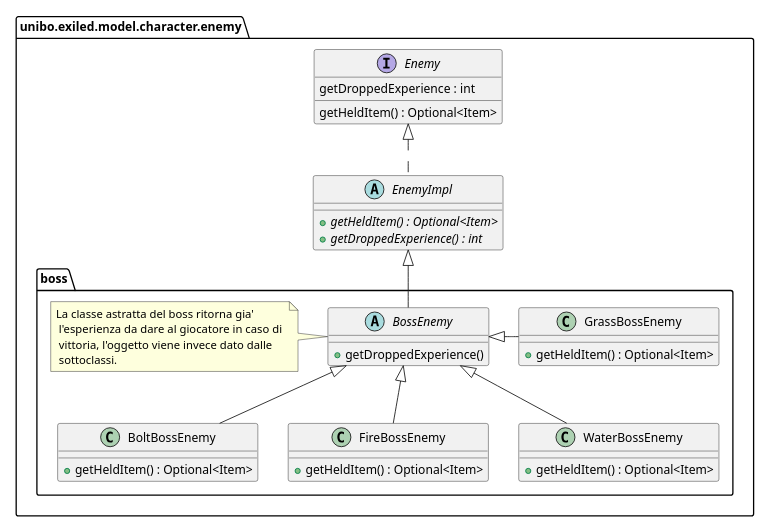
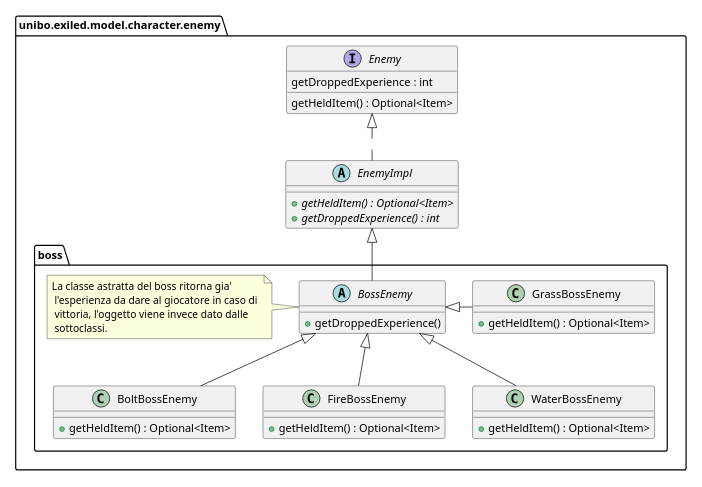
The diagram in docs/enemy/boss-enemy-uml.puml (unibo-oop-projects/OOP23-Baldoni-Beylax-Casadei-MarcoMagnani03-Pazzaglia-exiled), drawn with PlantUML before and after one commit. The commit also changed 4 other files, not shown here.

```diff
--- a/docs/enemy/boss-enemy-uml.puml
+++ b/docs/enemy/boss-enemy-uml.puml
@@ -1,38 +1,38 @@
 @startuml
-scale 0.55
+scale 0.50
 set separator none
 package unibo.exiled.model.character.enemy{
     interface Enemy{
         getHeldItem() : Optional<Item>
         getDroppedExperience : int
     }
     abstract class EnemyImpl{
         + {abstract} getHeldItem() : Optional<Item>
         + {abstract} getDroppedExperience() : int
     }
     package boss{
         abstract BossEnemy{
             + getDroppedExperience()
         }
         note left: La classe astratta del boss ritorna gia' \n l'esperienza da dare al giocatore in caso di \n vittoria, l'oggetto viene invece dato dalle \n sottoclassi.
         class BoltBossEnemy{
             + getHeldItem() : Optional<Item>
         }
         class FireBossEnemy{
             + getHeldItem() : Optional<Item>
         }
         class WaterBossEnemy{
             + getHeldItem() : Optional<Item>
         }
         class GrassBossEnemy{
             + getHeldItem() : Optional<Item>
         }
     }
 }
 Enemy <|.. EnemyImpl
 BossEnemy <|- GrassBossEnemy
 BossEnemy <|-- WaterBossEnemy
 BossEnemy <|-- FireBossEnemy
 BossEnemy <|-- BoltBossEnemy
 EnemyImpl <|-- BossEnemy
 @enduml
```
